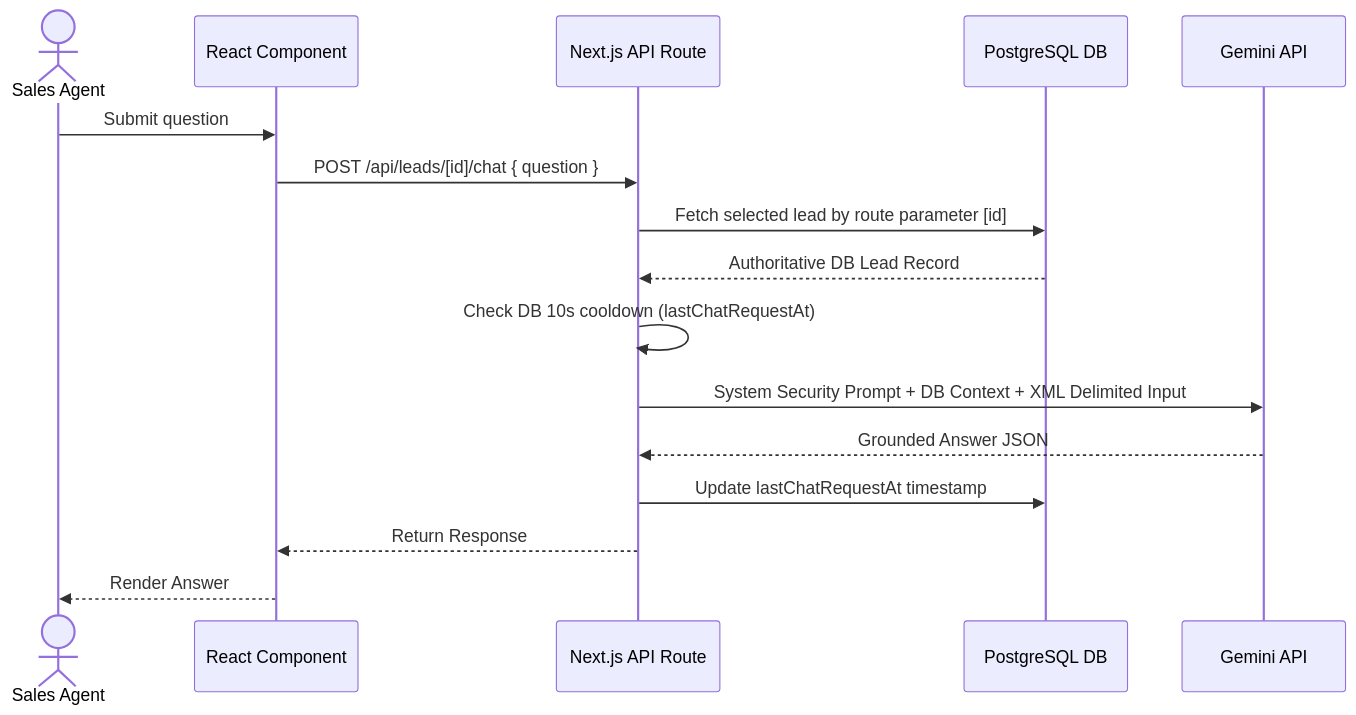
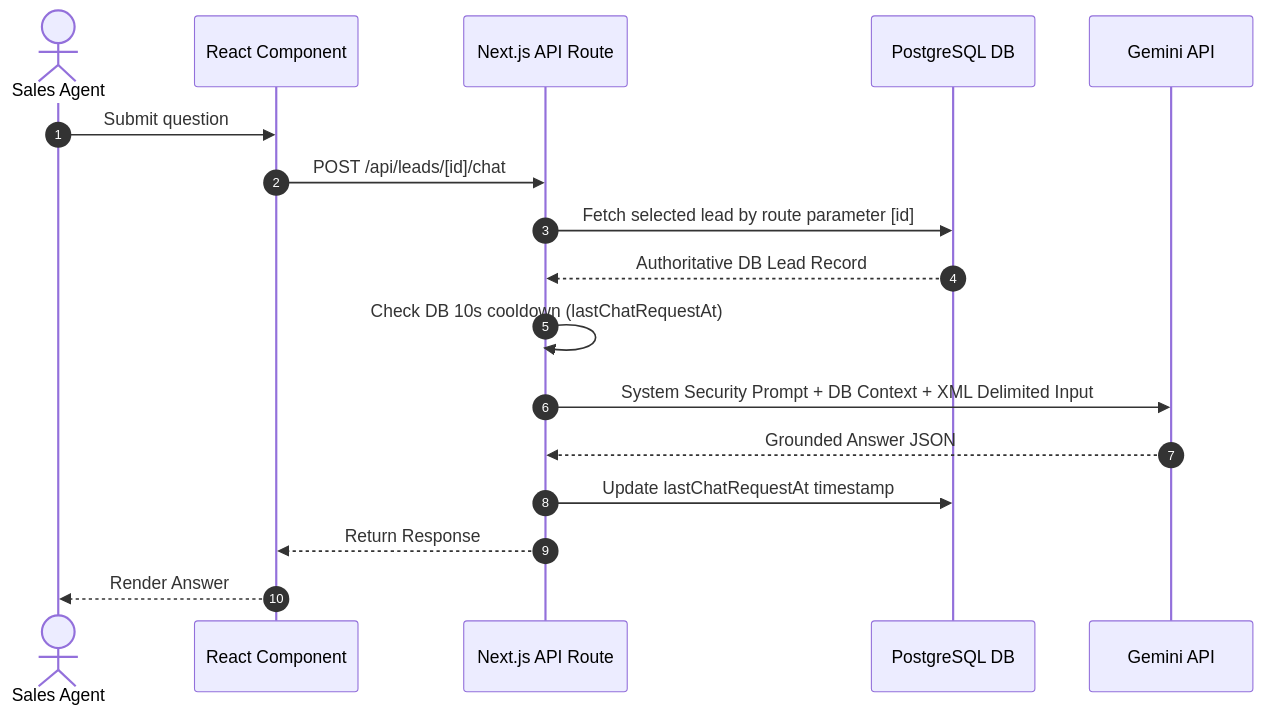
Before and after one commit to VaishnavSreekumar/leadpilot-ai: the third of 4 diagrams in README.md, drawn with Mermaid. The commit also changed other lines of this file, not shown here.

Commit message:
docs: fix README diagrams and AI usage disclosure

````diff
--- a/README.md
+++ b/README.md
@@ -185,19 +189,20 @@
 ```mermaid
 sequenceDiagram
+    autonumber
     actor Agent as Sales Agent
     participant UI as React Component
     participant Route as Next.js API Route
     participant DB as PostgreSQL DB
     participant LLM as Gemini API
 
     Agent->>UI: Submit question
-    UI->>Route: POST /api/leads/[id]/chat { question }
+    UI->>Route: POST /api/leads/[id]/chat
     Route->>DB: Fetch selected lead by route parameter [id]
     DB-->>Route: Authoritative DB Lead Record
     Route->>Route: Check DB 10s cooldown (lastChatRequestAt)
     Route->>LLM: System Security Prompt + DB Context + XML Delimited Input
     LLM-->>Route: Grounded Answer JSON
     Route->>DB: Update lastChatRequestAt timestamp
     Route-->>UI: Return Response
     UI-->>Agent: Render Answer
 ```
````
